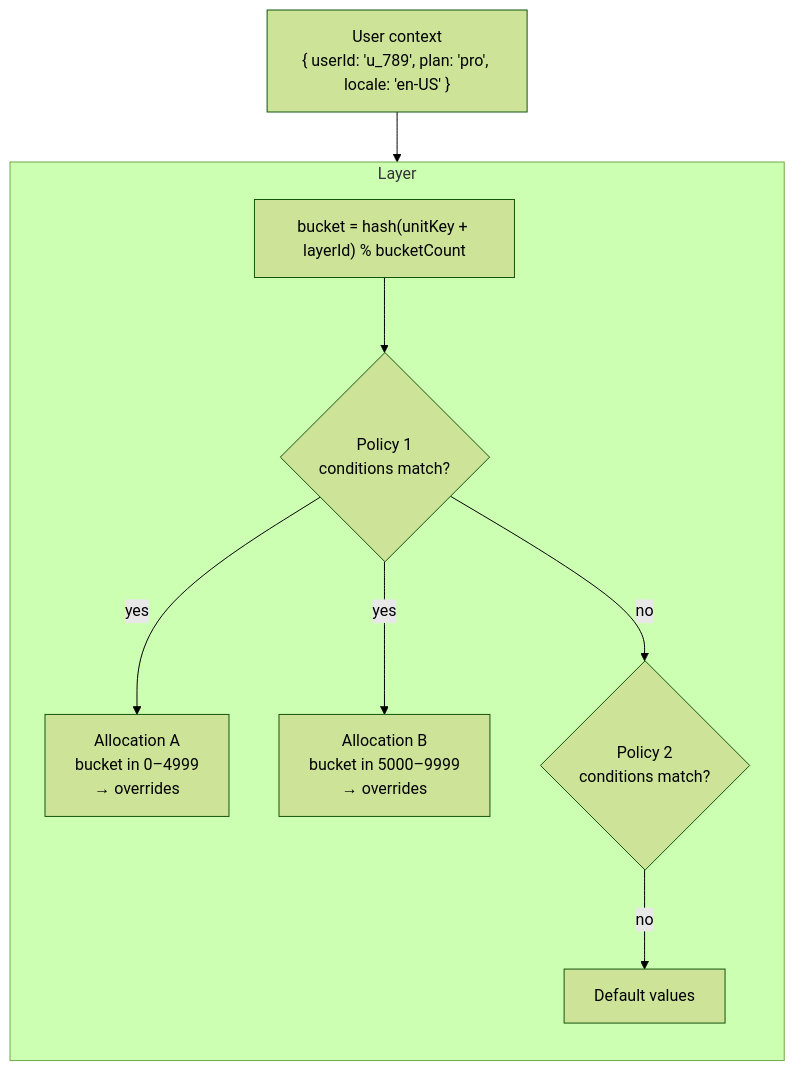
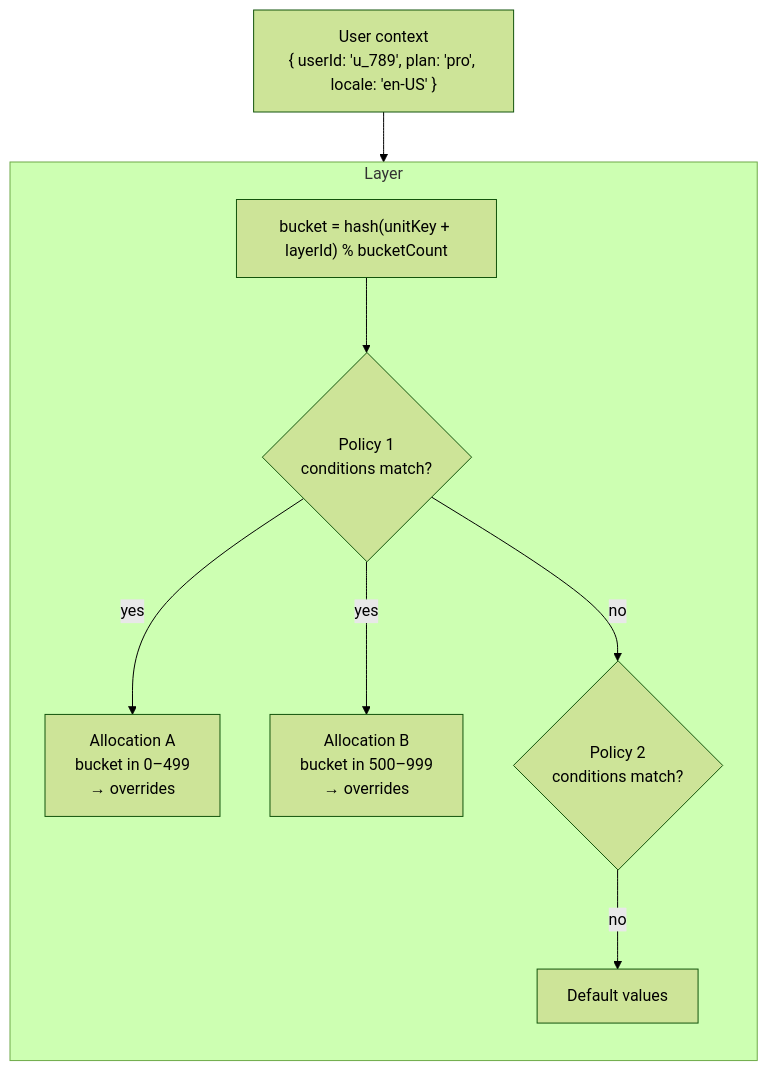
Before and after one commit to traffical/docs: the diagram in concepts/policies.mdx, drawn with Mermaid (forest theme). The commit also changed other lines of this file and 61 other files, not shown here.

````diff
--- a/concepts/policies.mdx
+++ b/concepts/policies.mdx
@@ -8,21 +8,21 @@
 ```mermaid
 flowchart TB
     User["User context<br/>{ userId: 'u_789', plan: 'pro', locale: 'en-US' }"]
 
     subgraph Layer
         direction TB
         Bucket["bucket = hash(unitKey + layerId) % bucketCount"]
         P1{"Policy 1<br/>conditions match?"}
         P2{"Policy 2<br/>conditions match?"}
-        A1["Allocation A<br/>bucket in 0–4999<br/>→ overrides"]
-        A2["Allocation B<br/>bucket in 5000–9999<br/>→ overrides"]
+        A1["Allocation A<br/>bucket in 0–499<br/>→ overrides"]
+        A2["Allocation B<br/>bucket in 500–999<br/>→ overrides"]
         Default["Default values"]
     end
 
     User --> Bucket
     Bucket --> P1
     P1 -->|yes| A1
     P1 -->|yes| A2
     P1 -->|no| P2
     P2 -->|no| Default
 ```
````
